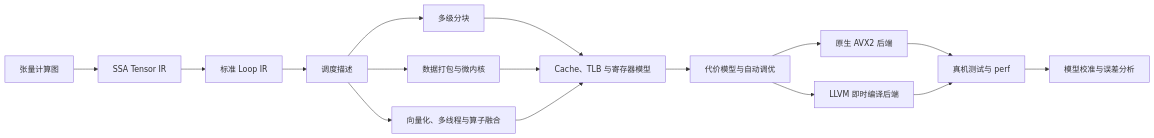
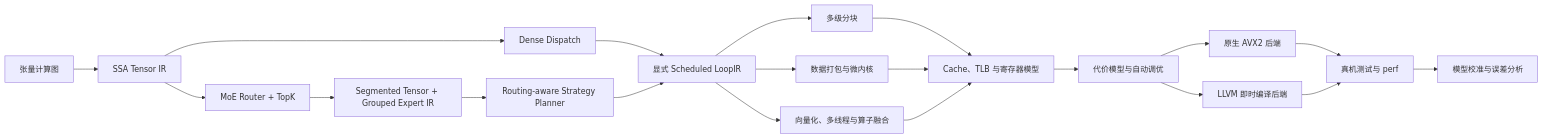
One commit to BokaiGuo/SchedForge changed the diagram in README.zh-CN.md. Above: the diagram before and after it, drawn with Mermaid. The commit also changed other lines of this file and 22 other files, not shown here.

````diff
--- a/README.zh-CN.md
+++ b/README.zh-CN.md
@@ -43,18 +46,22 @@
 ```mermaid
 flowchart LR
     A["张量计算图"] --> B["SSA Tensor IR"]
-    B --> C["标准 Loop IR"]
-    C --> D["调度描述"]
+    B --> C["Dense Dispatch"]
+    B --> R["MoE Router + TopK"]
+    R --> S["Segmented Tensor + Grouped Expert IR"]
+    S --> P["Routing-aware Strategy Planner"]
+    C --> D["显式 Scheduled LoopIR"]
+    P --> D
     D --> E["多级分块"]
     D --> F["数据打包与微内核"]
     D --> G["向量化、多线程与算子融合"]
     E --> H["Cache、TLB 与寄存器模型"]
     F --> H
     G --> H
     H --> I["代价模型与自动调优"]
     I --> J["原生 AVX2 后端"]
     I --> K["LLVM 即时编译后端"]
     J --> L["真机测试与 perf"]
     K --> L
     L --> M["模型校准与误差分析"]
 ```
````
